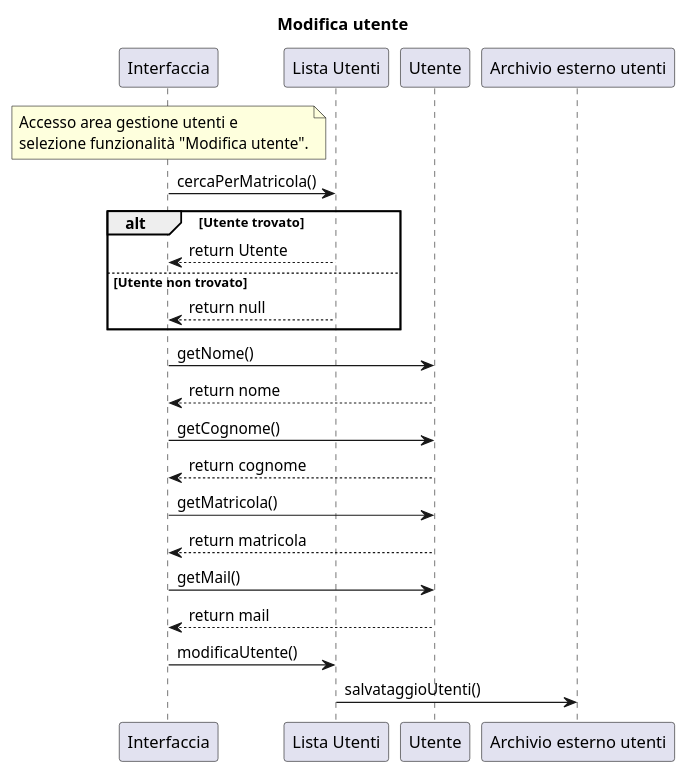
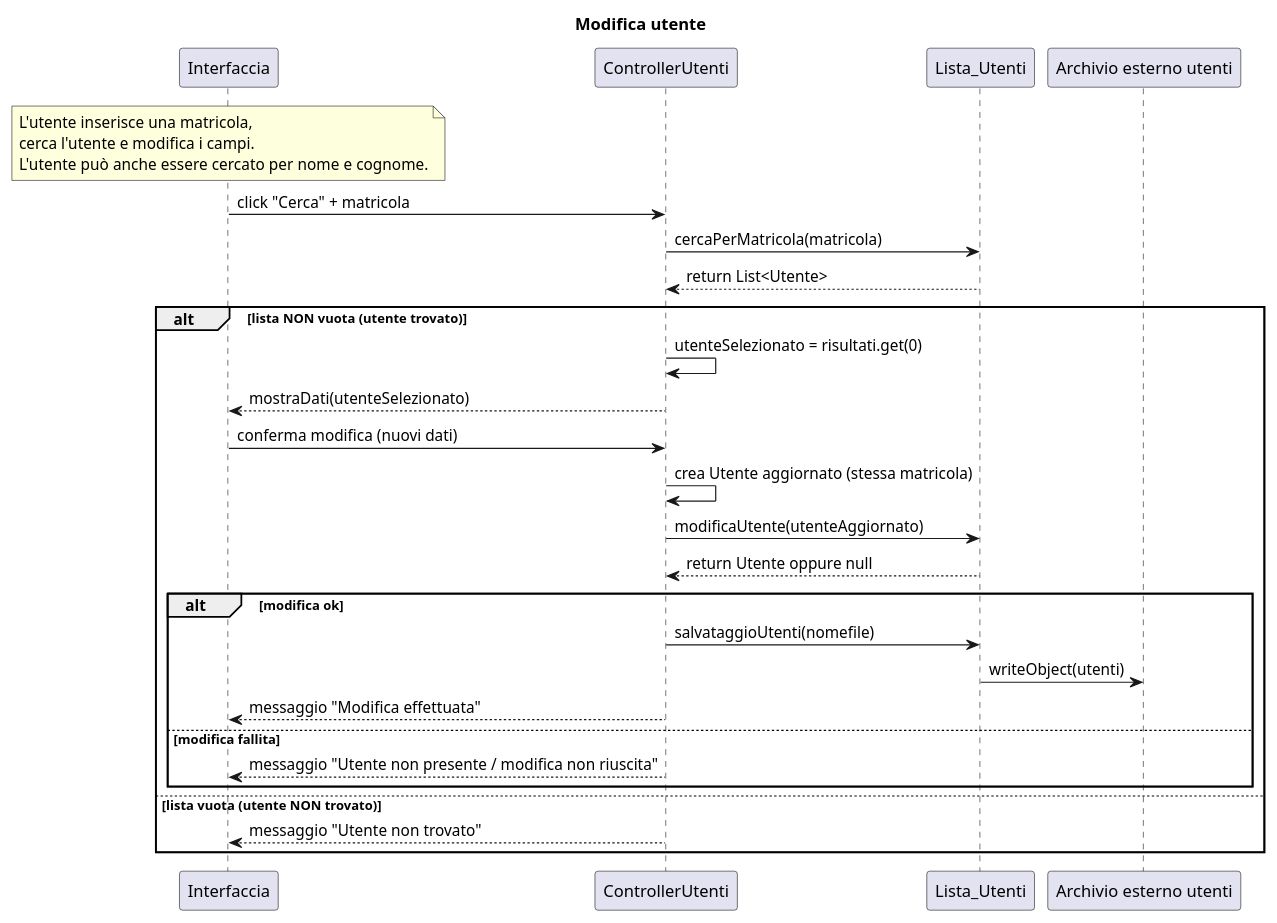
The diagram in Progettazione/AllDiagramsCode/IndividualSequenceDiagramsCode/ModificaUtente.wsd (amalinconico6-cpu/Biblioteca_universitaria_10), drawn with PlantUML before and after one commit.

Commit message:
riorganizzazione

```diff
--- a/Progettazione/AllDiagramsCode/IndividualSequenceDiagramsCode/ModificaUtente.wsd
+++ b/Progettazione/AllDiagramsCode/IndividualSequenceDiagramsCode/ModificaUtente.wsd
@@ -1,38 +1,45 @@
 @startuml ModificaUtente
 title Modifica utente
 
 participant "Interfaccia" as UI
-participant "Lista Utenti" as ListaUtenti
-participant "Utente" as Utente
+participant "ControllerUtenti" as C
+participant "Lista_Utenti" as ListaUtenti
 participant "Archivio esterno utenti" as ArchUtenti
 
-' Accesso area gestione / modifica utenti (riassunto nello UI)
 note over UI
-Accesso area gestione utenti e
-selezione funzionalità "Modifica utente".
+L'utente inserisce una matricola,
+cerca l'utente e modifica i campi.
+L'utente può anche essere cercato per nome e cognome.
 end note
 
-' --- Ricerca / selezione utente ---
-    UI -> ListaUtenti: cercaPerMatricola() 
+' --- Ricerca utente ---
+UI -> C: click "Cerca" + matricola
+C -> ListaUtenti: cercaPerMatricola(matricola)
+ListaUtenti --> C: return List<Utente>
 
-    alt Utente trovato
-        ListaUtenti --> UI: return Utente
-    else Utente non trovato
-        ListaUtenti --> UI: return null
+alt lista NON vuota (utente trovato)
+    C -> C: utenteSelezionato = risultati.get(0)
+
+    ' --- Mostra dati correnti (getter usati dalla UI) ---
+    C --> UI: mostraDati(utenteSelezionato)
+
+    ' --- Conferma modifica ---
+    UI -> C: conferma modifica (nuovi dati)
+    C -> C: crea Utente aggiornato (stessa matricola)
+
+    C -> ListaUtenti: modificaUtente(utenteAggiornato)
+    ListaUtenti --> C: return Utente oppure null
+
+    alt modifica ok
+        C -> ListaUtenti: salvataggioUtenti(nomefile)
+        ListaUtenti -> ArchUtenti: writeObject(utenti)
+        C --> UI: messaggio "Modifica effettuata"
+    else modifica fallita
+        C --> UI: messaggio "Utente non presente / modifica non riuscita"
     end
 
-' --- Visualizzazione dati utente correnti ---
-UI -> Utente: getNome()
-Utente --> UI: return nome
-UI -> Utente: getCognome()
-Utente --> UI: return cognome
-UI -> Utente: getMatricola()
-Utente --> UI: return matricola
-UI -> Utente: getMail()
-Utente --> UI: return mail
-
-' --- Conferma modifica e aggiornamento archivi ---
-UI -> ListaUtenti: modificaUtente()
-ListaUtenti -> ArchUtenti: salvataggioUtenti()
+else lista vuota (utente NON trovato)
+    C --> UI: messaggio "Utente non trovato"
+end
 
 @enduml
```
